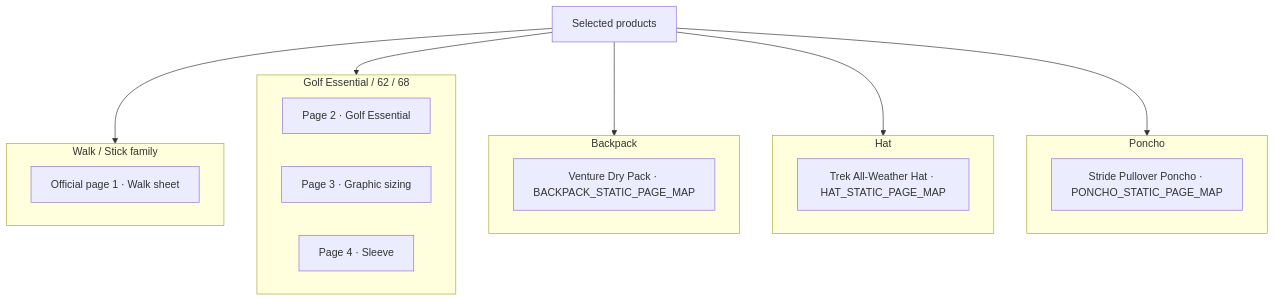
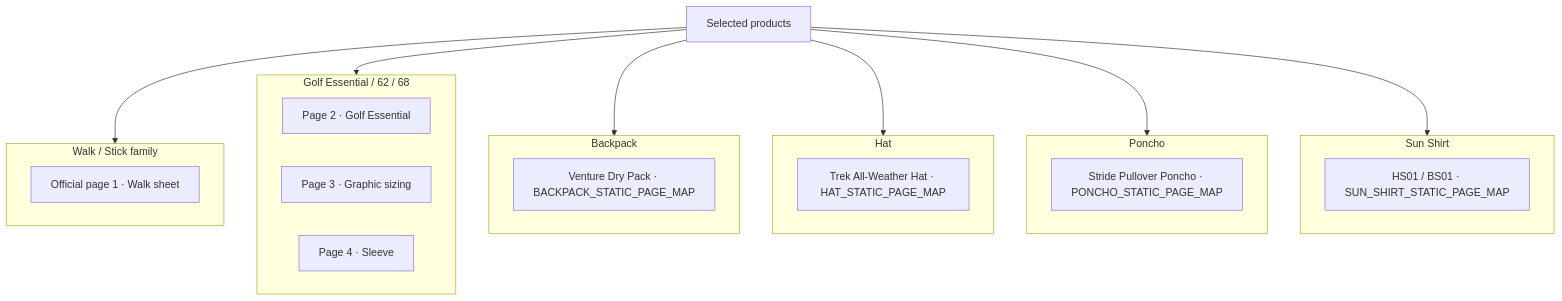
Before and after one commit to WeathermanInc/virtual-mockup: the third of 4 diagrams in README.md, drawn with Mermaid. The commit also changed other lines of this file and 9 other files, not shown here.

First line of the commit message:
Add Sun Shirt HS01/BS01 static page map and Paula stamp pipeline (stamp 113).

````diff
--- a/README.md
+++ b/README.md
@@ -191,25 +194,29 @@
 ```mermaid
 flowchart TB
   subgraph Stick["Walk / Stick family"]
     S1[Official page 1 · Walk sheet]
   end
   subgraph Golf["Golf Essential / 62 / 68"]
     G2[Page 2 · Golf Essential]
     G3[Page 3 · Graphic sizing]
     G4[Page 4 · Sleeve]
   end
   subgraph Pack["Backpack"]
     B1[Venture Dry Pack · BACKPACK_STATIC_PAGE_MAP]
   end
   subgraph Hat["Hat"]
     H1[Trek All-Weather Hat · HAT_STATIC_PAGE_MAP]
   end
   subgraph Poncho["Poncho"]
     P1[Stride Pullover Poncho · PONCHO_STATIC_PAGE_MAP]
   end
+  subgraph SunShirt["Sun Shirt"]
+    SS1[HS01 / BS01 · SUN_SHIRT_STATIC_PAGE_MAP]
+  end
   Job[Selected products] --> Stick
   Job --> Golf
   Job --> Pack
   Job --> Hat
   Job --> Poncho
+  Job --> SunShirt
 ```
````
